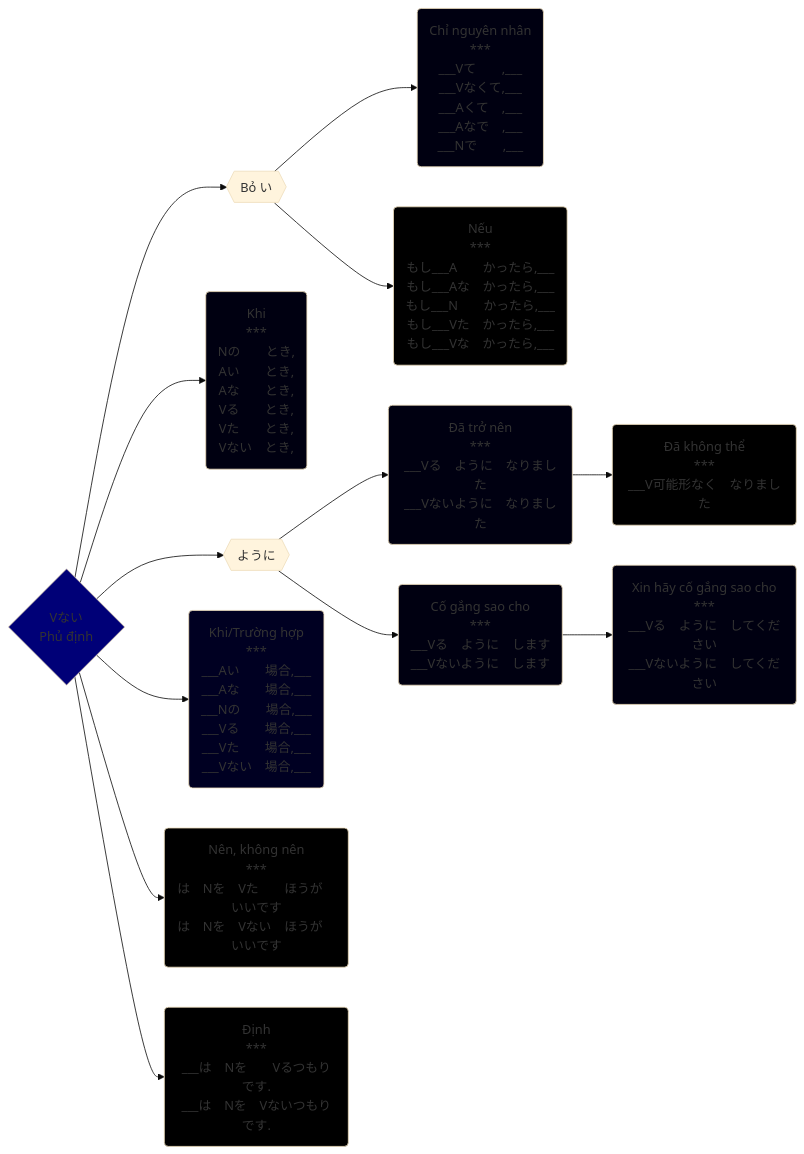
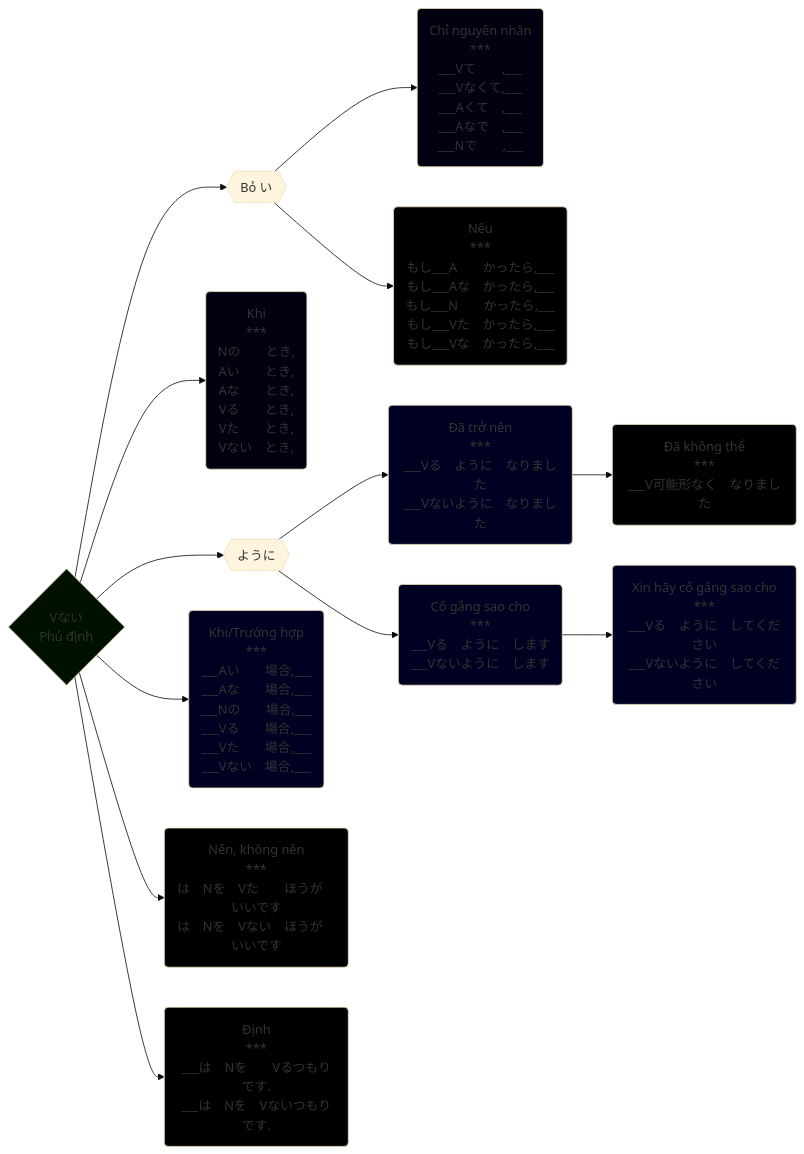
Before and after one commit to tea1504/learn: the diagram in The/未然形.md, drawn with Mermaid (base theme). The commit also changed 14 other files, not shown here.

````diff
--- a/The/未然形.md
+++ b/The/未然形.md
@@ -1,29 +1,29 @@
 ```mermaid
 graph LR;
     V{Vない\n Phủ định}
 
     V-->boI{{Bỏ い}}
     V-->khi(Khi\n***\nNの　　とき,\nAい　　とき,\nAな　　とき,\nVる　　とき,\nVた　　とき,\nVない　とき,)
     boI-->chiNguyenNhan(Chỉ nguyên nhân\n***\n___Vて　　,___\n___Vなくて,___\n___Aくて　,___\n___Aなで　,___\n___Nで　　,___)
     V-->youni{{ように}}
     youni-->daTroNen(Đã trở nên\n***\n___Vる　ように　なりました\n___Vないように　なりました)
     youni-->coGangSaoCho(Cố gắng sao cho\n***\n___Vる　ように　します\n___Vないように　します)
     coGangSaoCho-->xinHayCoGangSaoCho(Xin hãy cố gắng sao cho\n***\n___Vる　ように　してください\n___Vないように　してください)
     daTroNen-->daKhongThe(Đã không thể\n***\n___V可能形なく　なりました)
     V-->truongHop(Khi/Trường hợp\n***\n___Aい　　場合,___\n___Aな　　場合,___\n___Nの　　場合,___\n___Vる　　場合,___\n___Vた　　場合,___\n___Vない　場合,___)
     V-->nenKhongNen(Nên, không nên\n***\nは　Nを　Vた　　ほうが　いいです\nは　Nを　Vない　ほうが　いいです)
     boI-->neu(Nếu\n***\nもし___A　　かったら,___\nもし___Aな　かったら,___\nもし___N　　かったら,___\nもし___Vた　かったら,___\nもし___Vな　かったら,___)
     V-->dinh(Định\n***\n___は　Nを　　Vるつもりです.\n___は　Nを　Vないつもりです.)
 
-    style V fill:#007
+    style V fill:#010
     style chiNguyenNhan fill:#001
-    style coGangSaoCho fill:#001
+    style coGangSaoCho fill:#002
     style daKhongThe fill:#000
-    style daTroNen fill:#001
+    style daTroNen fill:#002
+    style dinh fill:#000
     style khi fill:#001
     style nenKhongNen fill:#000
     style neu fill:#000
     style truongHop fill:#002
-    style xinHayCoGangSaoCho fill:#001
-    style dinh fill:#000
+    style xinHayCoGangSaoCho fill:#002
 ```
````
